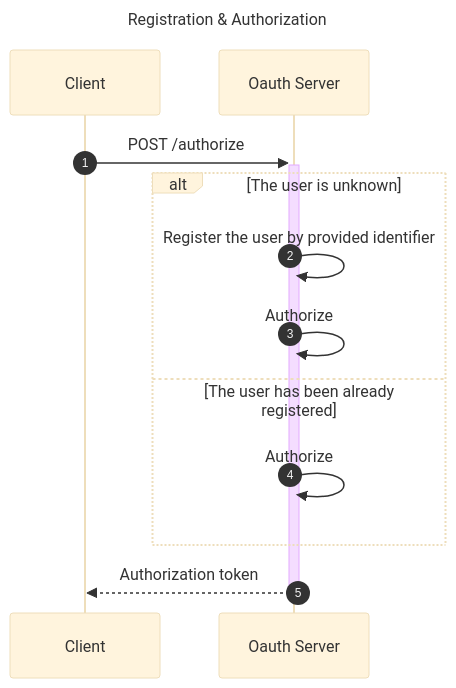
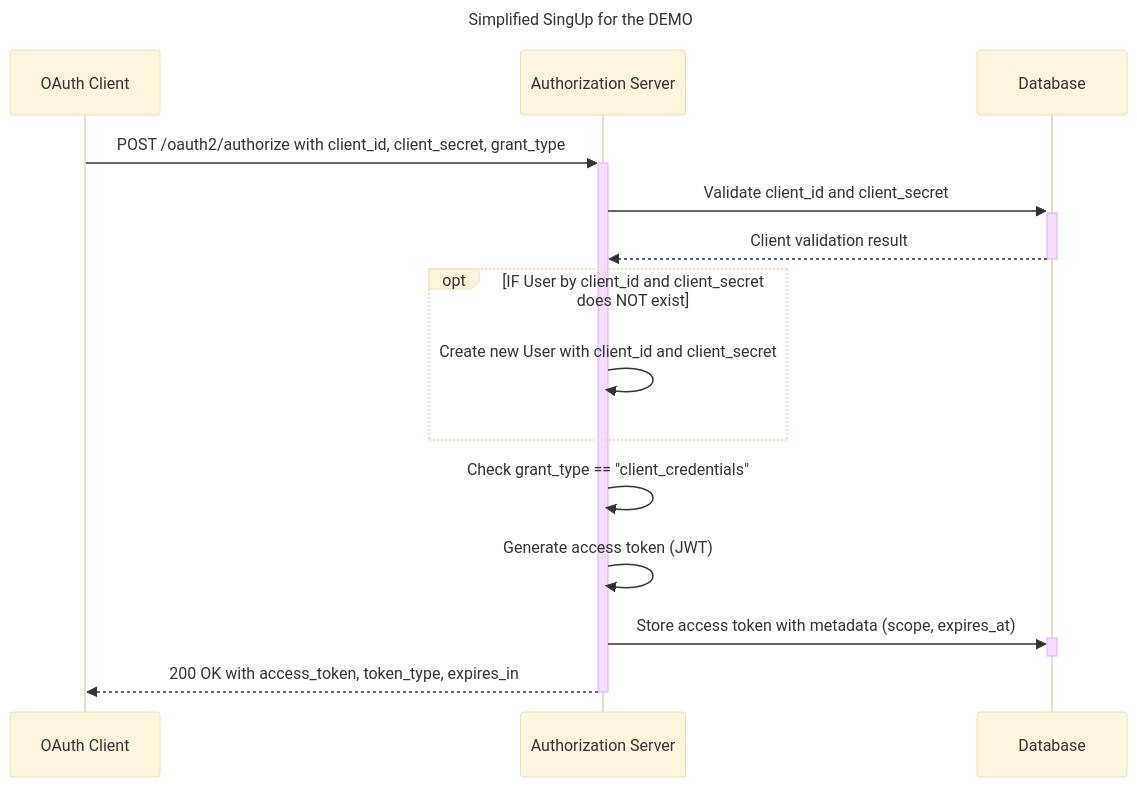
One commit to TomasGazo/slsp-solution-design-demo changed the second of 4 diagrams in specifications/authentication_server_spec/authentication_server.md. Above: the diagram before and after it, drawn with Mermaid. The commit also changed other lines of this file and 2 other files, not shown here.

Commit message:
Auth Server specification

````diff
--- a/specifications/authentication_server_spec/authentication_server.md
+++ b/specifications/authentication_server_spec/authentication_server.md
@@ -36,21 +86,25 @@
 ```mermaid
 ---
-title: Registration & Authorization
+title: Simplified SingUp for the DEMO
 ---
 %%{init: {'theme':'base'}}%%
 sequenceDiagram
-    autonumber
-    participant client as Client
-    participant oauth as Oauth Server
+    participant Client as OAuth Client
+    participant AuthServer as Authorization Server
+    participant DB as Database
 
-    client ->>+ oauth: POST /authorize
+    %% /oauth2/authorize Flow
+    Client->>+AuthServer: POST /oauth2/authorize with client_id, client_secret, grant_type
+    AuthServer->>+DB: Validate client_id and client_secret
+    DB-->>-AuthServer: Client validation result
 
-    alt The user is unknown
-        oauth ->> oauth: Register the user by provided identifier
-        oauth ->> oauth: Authorize
-    else The user has been already registered
-        oauth ->> oauth: Authorize
+    opt IF User by client_id and client_secret does NOT exist
+        AuthServer->>AuthServer: Create new User with client_id and client_secret
     end
 
-    oauth -->>- client: Authorization token
+    AuthServer->>AuthServer: Check grant_type == "client_credentials"
+    AuthServer->>AuthServer: Generate access token (JWT)
+    AuthServer->>+DB: Store access token with metadata (scope, expires_at)
+    deactivate DB
+    AuthServer-->>-Client: 200 OK with access_token, token_type, expires_in
 ```
````
